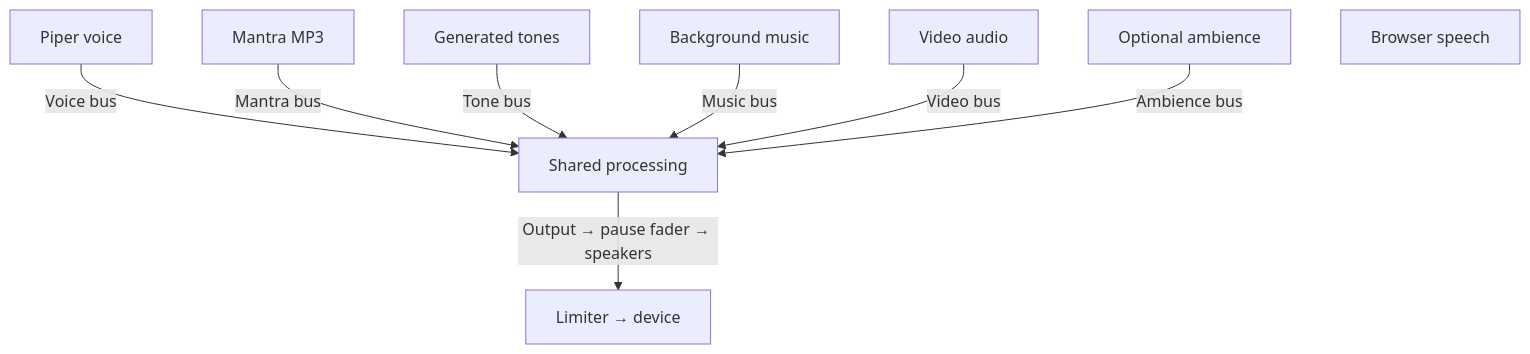
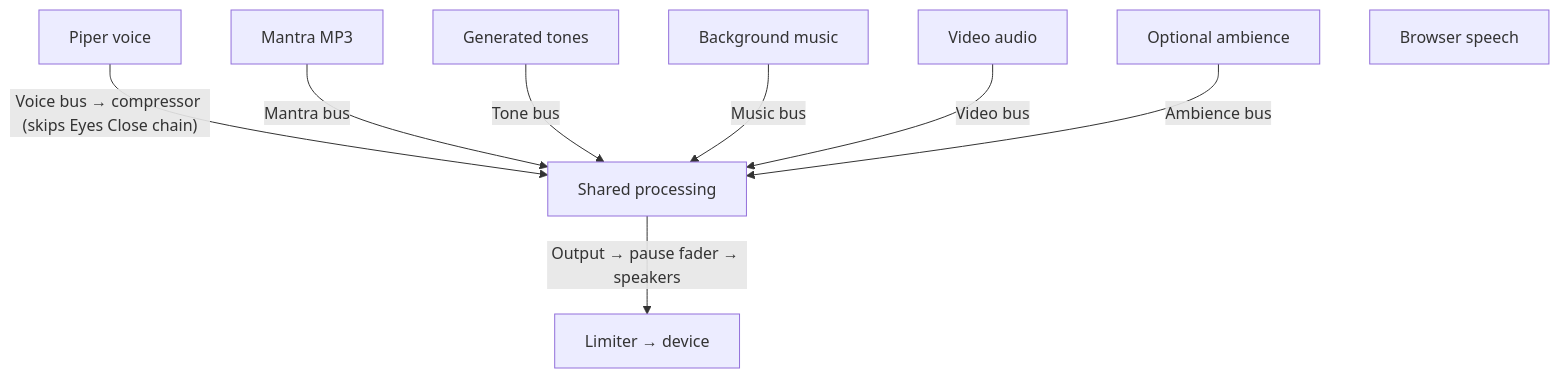
Before and after one commit to missionode/lite: diagram 30 of 51 in docs/app-map/FLOW-REFERENCE.md, drawn with Mermaid. The commit also changed other lines of this file and 4 other files, not shown here.

````diff
--- a/docs/app-map/FLOW-REFERENCE.md
+++ b/docs/app-map/FLOW-REFERENCE.md
@@ -1520,19 +1520,19 @@
 ```mermaid
 flowchart TD
   piper["Piper voice"]
   mantra["Mantra MP3"]
   generated["Generated tones"]
   music["Background music"]
   video["Video audio"]
   ambience["Optional ambience"]
   shared["Shared processing"]
   limiter["Limiter → device"]
   speech["Browser speech"]
-  piper -->|"Voice bus"| shared
+  piper -->|"Voice bus → compressor (skips Eyes Close chain)"| shared
   mantra -->|"Mantra bus"| shared
   generated -->|"Tone bus"| shared
   music -->|"Music bus"| shared
   video -->|"Video bus"| shared
   ambience -->|"Ambience bus"| shared
   shared -->|"Output → pause fader → speakers"| limiter
 ```
````
